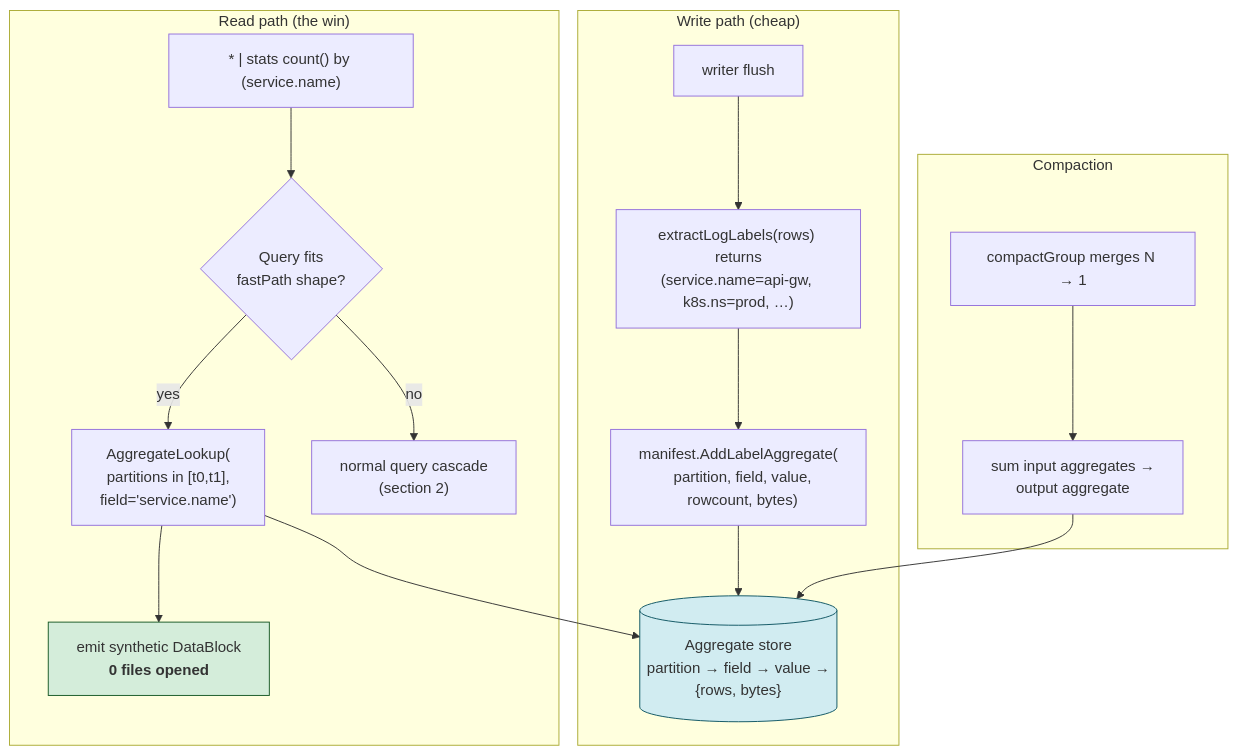
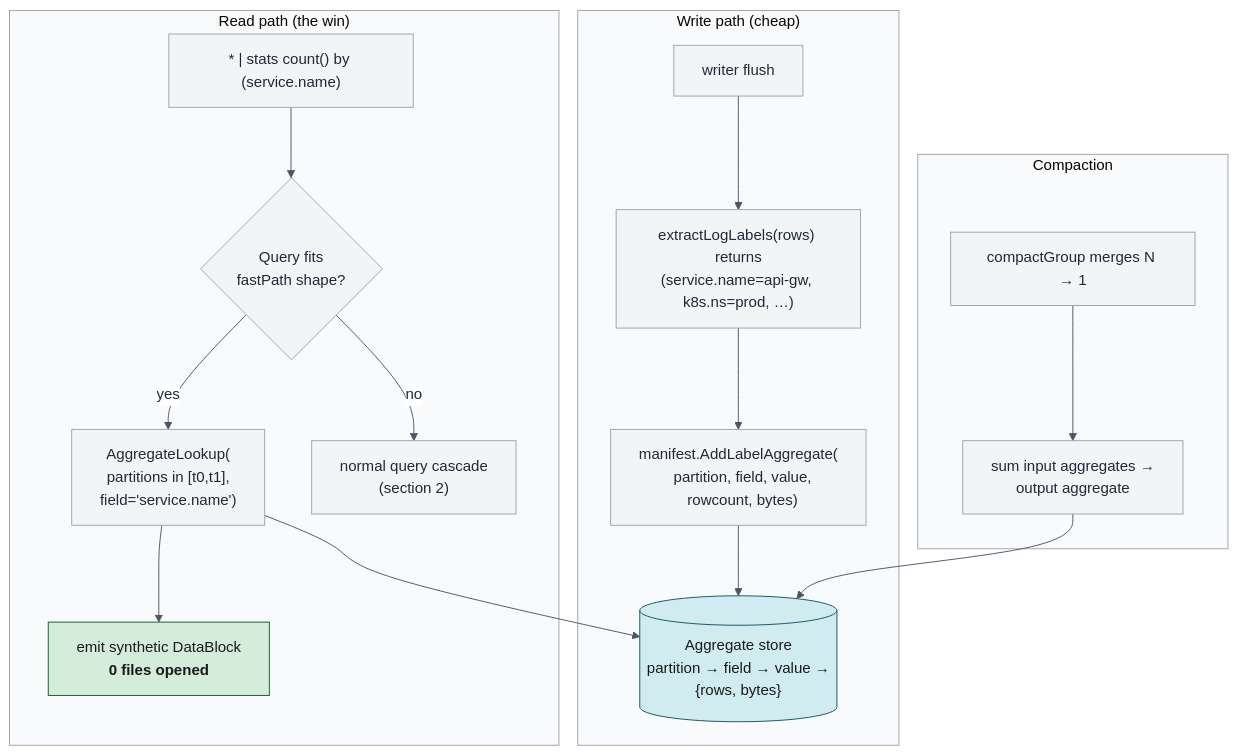
One commit to ReliablyObserve/victoria-lakehouse changed the sixth of 10 diagrams in docs/architecture/performance-machinery.md. Above: the diagram before and after it, drawn with Mermaid. The commit also changed other lines of this file, not shown here.

First line of the commit message:
docs(perf): force explicit colors so Mermaid diagrams read in dark mode

````diff
--- a/docs/architecture/performance-machinery.md
+++ b/docs/architecture/performance-machinery.md
@@ -608,26 +613,27 @@
 ```mermaid
+%%{init: {'theme':'base', 'themeVariables':{'fontFamily':'-apple-system,BlinkMacSystemFont,Segoe UI,Roboto,sans-serif','primaryColor':'#f3f4f6','primaryTextColor':'#1f2937','primaryBorderColor':'#9ca3af','lineColor':'#4b5563','secondaryColor':'#e5e7eb','tertiaryColor':'#f9fafb','background':'#ffffff','mainBkg':'#f3f4f6','clusterBkg':'#f9fafb','clusterBorder':'#9ca3af','edgeLabelBackground':'#ffffff','textColor':'#1f2937'}}}%%
 flowchart TD
     subgraph Write["Write path (cheap)"]
         FlushW["writer flush"] --> ExtractW["extractLogLabels(rows) returns<br/>(service.name=api-gw, k8s.ns=prod, …)"]
         ExtractW --> AddAggW["manifest.AddLabelAggregate(<br/>  partition, field, value,<br/>  rowcount, bytes)"]
         AddAggW --> AggStore[("Aggregate store<br/>partition → field → value →<br/>{rows, bytes}")]
     end
 
     subgraph Compact["Compaction"]
         Merge["compactGroup merges N → 1"] --> MergeAgg["sum input aggregates →<br/>output aggregate"]
         MergeAgg --> AggStore
     end
 
     subgraph Read["Read path (the win)"]
         Q["* | stats count() by (service.name)"] --> Check{"Query fits<br/>fastPath shape?"}
         Check -->|yes| Lookup["AggregateLookup(<br/>  partitions in [t0,t1],<br/>  field='service.name')"]
         Lookup --> AggStore
         Lookup --> Emit["emit synthetic DataBlock<br/><b>0 files opened</b>"]
         Check -->|no| Normal["normal query cascade<br/>(section 2)"]
     end
 
-    classDef store fill:#d1ecf1,stroke:#0c5460
-    classDef win fill:#d4edda,stroke:#155724
+    classDef store fill:#d1ecf1,stroke:#0c5460,color:#1a1a1a
+    classDef win fill:#d4edda,stroke:#155724,color:#1a1a1a
     class AggStore store
     class Emit win
 ```
````
